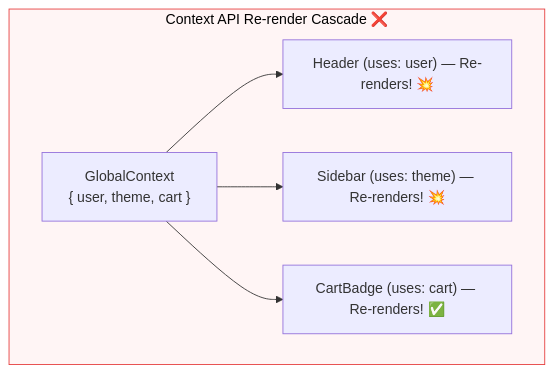
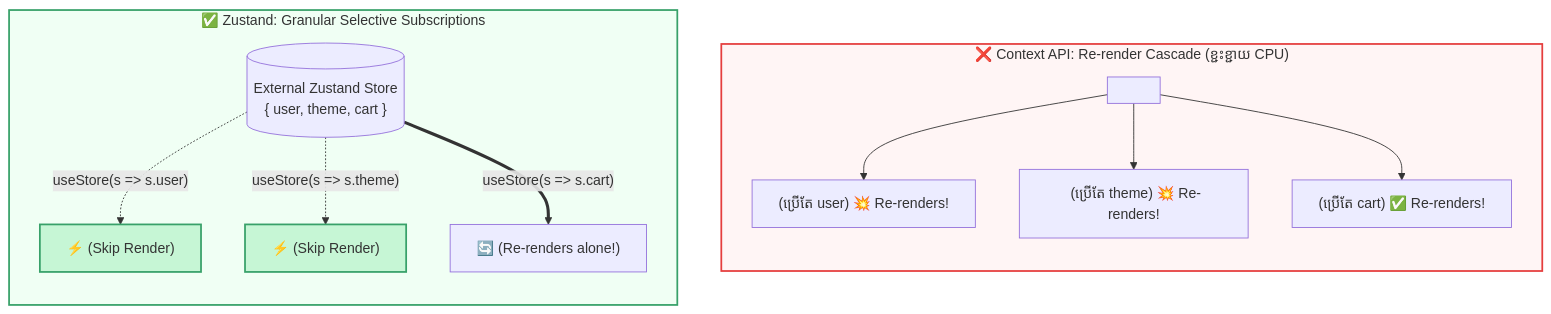
The diagram in src/courses/react/module-11-state-management/01-context-limitations.mdx (Ari-ICU/full-stack-short-coures), drawn with Mermaid before and after one commit. The commit also changed other lines of this file and 26 other files, not shown here.

````diff
--- a/src/courses/react/module-11-state-management/01-context-limitations.mdx
+++ b/src/courses/react/module-11-state-management/01-context-limitations.mdx
@@ -23,11 +48,23 @@
 ```mermaid
 graph TD
-    subgraph ContextProblem["Context API Re-render Cascade ❌"]
-        CTX["GlobalContext\n{ user, theme, cart }"]
-        CTX --> C1["Header (uses: user) — Re-renders! 💥"]
-        CTX --> C2["Sidebar (uses: theme) — Re-renders! 💥"]
-        CTX --> C3["CartBadge (uses: cart) — Re-renders! ✅"]
+    subgraph ContextProblem["❌ Context API: Re-render Cascade (ខ្ជះខ្ជាយ CPU)"]
+        direction TB
+        CTX["<GlobalContext.Provider value={{ user, theme, cart }}>"]
+        CTX --> C1["<UserProfile> (ប្រើតែ user) 💥 Re-renders!"]
+        CTX --> C2["<Sidebar> (ប្រើតែ theme) 💥 Re-renders!"]
+        CTX --> C3["<CartBadge> (ប្រើតែ cart) ✅ Re-renders!"]
     end
 
-    style ContextProblem fill:#fff5f5,stroke:#e53e3e,color:#000
+    subgraph ZustandSolution["✅ Zustand: Granular Selective Subscriptions"]
+        direction TB
+        Store[("External Zustand Store\n{ user, theme, cart }")]
+        Store -.->|"useStore(s => s.user)"| Z1["<UserProfile> ⚡ (Skip Render)"]
+        Store -.->|"useStore(s => s.theme)"| Z2["<Sidebar> ⚡ (Skip Render)"]
+        Store ==>|"useStore(s => s.cart)"| Z3["<CartBadge> 🔄 (Re-renders alone!)"]
+    end
+
+    style ContextProblem fill:#fff5f5,stroke:#e53e3e,stroke-width:2px
+    style ZustandSolution fill:#f0fff4,stroke:#38a169,stroke-width:2px
+    style Z1 fill:#c6f6d5,stroke:#38a169,stroke-width:2px
+    style Z2 fill:#c6f6d5,stroke:#38a169,stroke-width:2px
 ```
````
